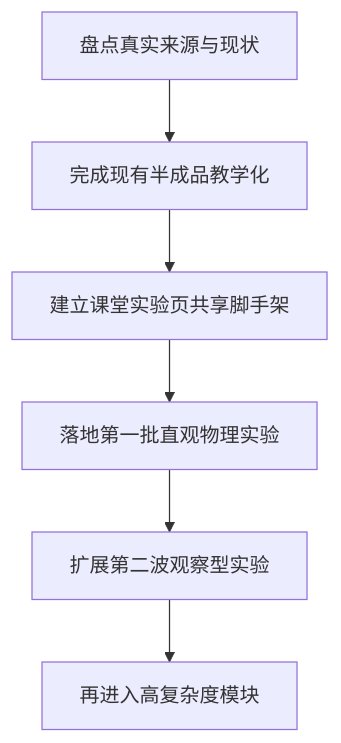
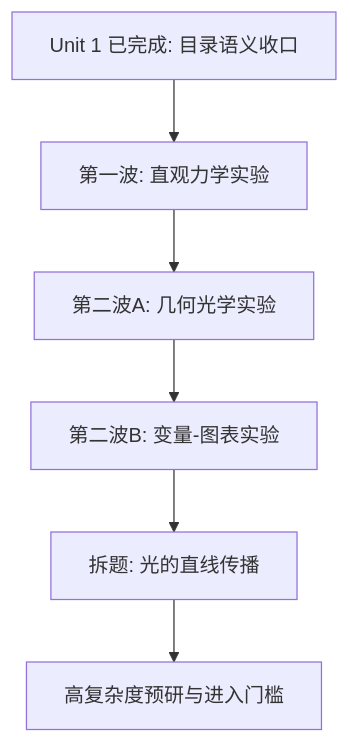
One commit to ZhcChen/easy-teaching changed the diagram in docs/plans/2026-07-24-005-feat-teaching-first-backlog-roadmap-plan.md. Above: the diagram before and after it, drawn with Mermaid. The commit also changed other lines of this file, not shown here.

Commit message:
docs(plan): deepen physics backlog roadmap

````diff
--- a/docs/plans/2026-07-24-005-feat-teaching-first-backlog-roadmap-plan.md
+++ b/docs/plans/2026-07-24-005-feat-teaching-first-backlog-roadmap-plan.md
@@ -105,8 +126,8 @@
 ```mermaid
 flowchart TB
-  A[盘点真实来源与现状] --> B[完成现有半成品教学化]
-  B --> C[建立课堂实验页共享脚手架]
-  C --> D[落地第一批直观物理实验]
-  D --> E[扩展第二波观察型实验]
-  E --> F[再进入高复杂度模块]
+  A[Unit 1 已完成: 目录语义收口] --> B[第一波: 直观力学实验]
+  B --> C[第二波A: 几何光学实验]
+  C --> D[第二波B: 变量-图表实验]
+  D --> E[拆题: 光的直线传播]
+  E --> F[高复杂度预研与进入门槛]
 ```
````
